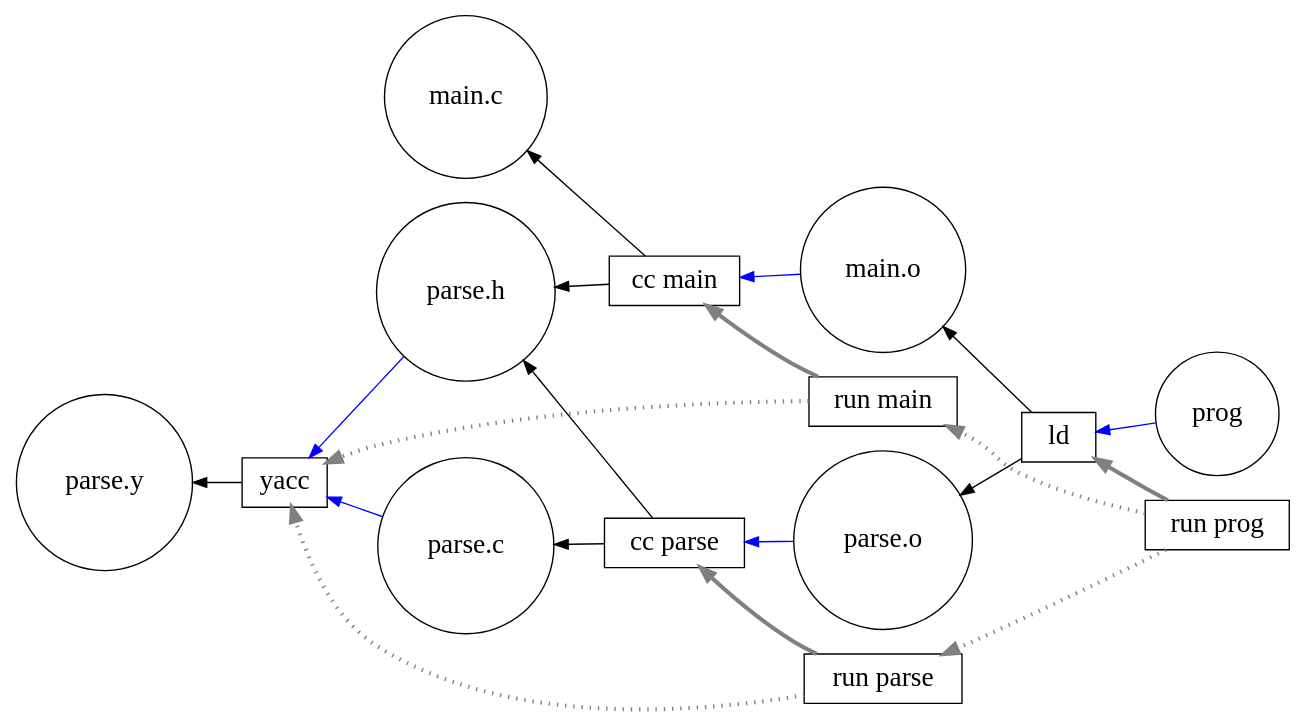
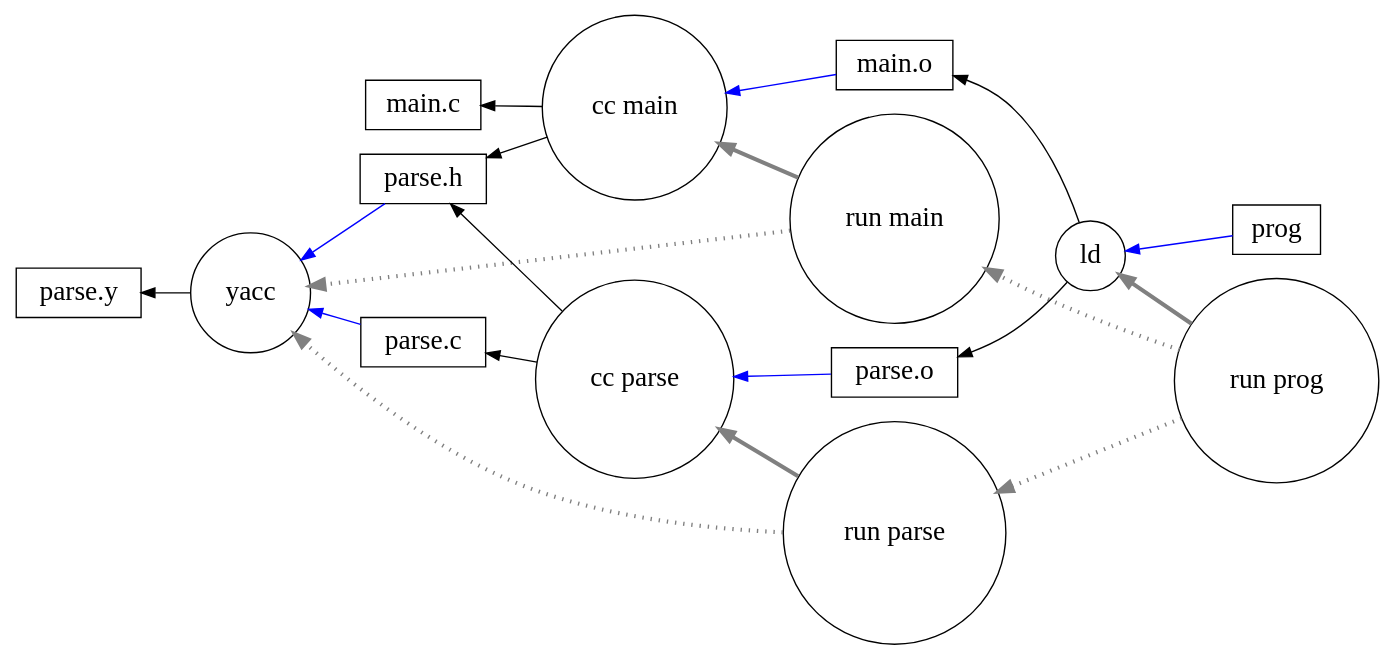
The second of 2 diagrams in docs/BuildSystem.rst (Mathnerd314/stroscot), drawn with Graphviz before and after one commit. The commit also changed other lines of this file and 340 other files, not shown here.

```diff
--- a/docs/BuildSystem.rst
+++ b/docs/BuildSystem.rst
@@ -114,35 +110,35 @@
 .. graphviz::
 
     digraph multi {
         rankdir=RL
-        node [shape="rect",fontsize=20]
-        "main.c", "main.o", "prog", "parse.o", "parse.h", "parse.c", "parse.y" [shape="circle"]
+        node [shape="circle",fontsize=20]
+        "main.c", "main.o", "prog", "parse.o", "parse.h", "parse.c", "parse.y" [shape="rect"]
 
         // run prog = ExecAfter [run main,run parse] ld
         "run prog" -> "run main" [style=dotted, color=grey,penwidth=3]
         "run prog" -> "run parse" [style=dotted, color=grey,penwidth=3]
         "run prog" -> ld [color=grey,penwidth=3]
         // run main = ExecAfter [yacc] "cc main"
         "run main" -> "yacc" [style=dotted, color=grey,penwidth=3]
         "run main" -> "cc main" [color=grey,penwidth=3]
         // run parse = ExecAfter [yacc] "cc parse"
         "run parse" -> "yacc" [style=dotted, color=grey,penwidth=3]
         "run parse" -> "cc parse" [color=grey,penwidth=3]
 
         "cc main" -> "main.c"
         "cc main" -> "parse.h"
         "main.o" -> "cc main" [color=blue]
 
         "ld" -> "main.o"
         "ld" -> "parse.o"
         "prog" -> "ld" [color=blue]
 
         "cc parse" -> "parse.h"
         "cc parse" -> "parse.c"
         "parse.o" -> "cc parse" [color=blue]
 
         "yacc" -> "parse.y"
         "parse.h" -> "yacc" [color=blue]
         "parse.c" -> "yacc" [color=blue]
 
     }
```
